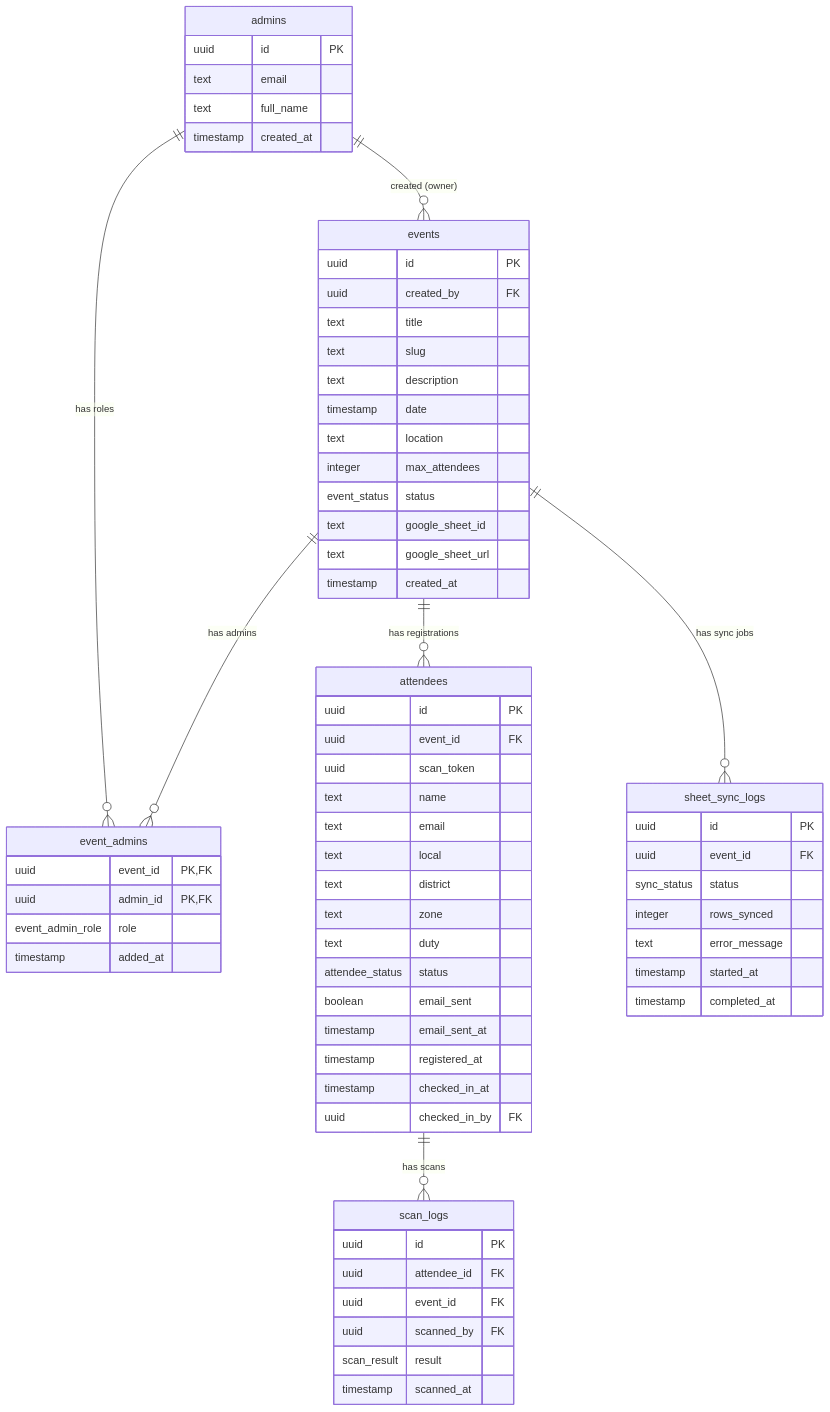
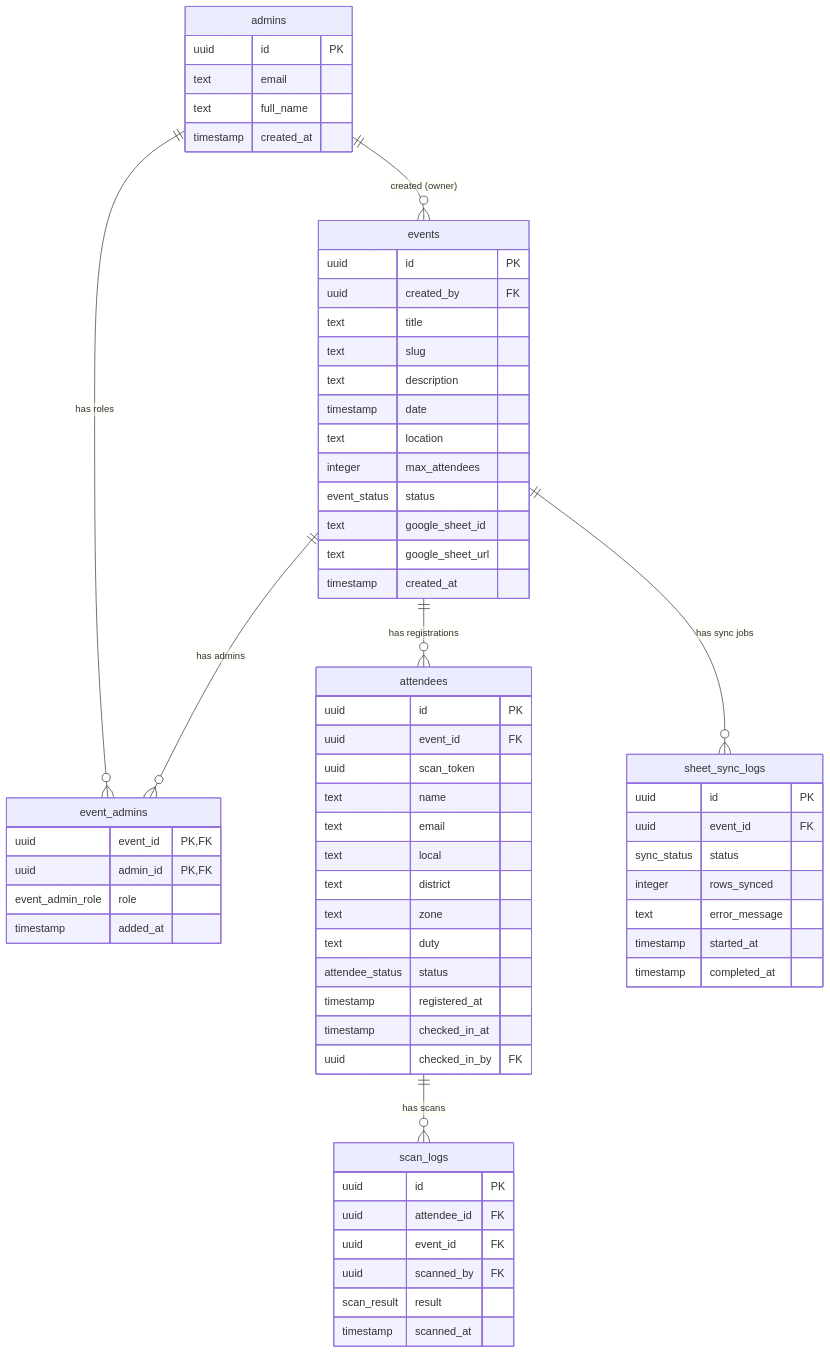
Before and after one commit to christian1202/FlowCheck: the diagram in docs/database-schema.md, drawn with Mermaid. The commit also changed 57 other files, not shown here.

````diff
--- a/docs/database-schema.md
+++ b/docs/database-schema.md
@@ -9,75 +9,73 @@
 ```mermaid
 erDiagram
     admins ||--o{ event_admins : "has roles"
     events ||--o{ event_admins : "has admins"
     events ||--o{ attendees : "has registrations"
     events ||--o{ sheet_sync_logs : "has sync jobs"
     attendees ||--o{ scan_logs : "has scans"
     admins ||--o{ events : "created (owner)"
 
     admins {
         uuid id PK
         text email
         text full_name
         timestamp created_at
     }
 
     events {
         uuid id PK
         uuid created_by FK
         text title
         text slug
         text description
         timestamp date
         text location
         integer max_attendees
         event_status status
         text google_sheet_id
         text google_sheet_url
         timestamp created_at
     }
 
     event_admins {
         uuid event_id PK, FK
         uuid admin_id PK, FK
         event_admin_role role
         timestamp added_at
     }
 
     attendees {
         uuid id PK
         uuid event_id FK
         uuid scan_token
         text name
         text email
         text local
         text district
         text zone
         text duty
         attendee_status status
-        boolean email_sent
-        timestamp email_sent_at
         timestamp registered_at
         timestamp checked_in_at
         uuid checked_in_by FK
     }
 
     scan_logs {
         uuid id PK
         uuid attendee_id FK
         uuid event_id FK
         uuid scanned_by FK
         scan_result result
         timestamp scanned_at
     }
 
     sheet_sync_logs {
         uuid id PK
         uuid event_id FK
         sync_status status
         integer rows_synced
         text error_message
         timestamp started_at
         timestamp completed_at
     }
 ```
````
